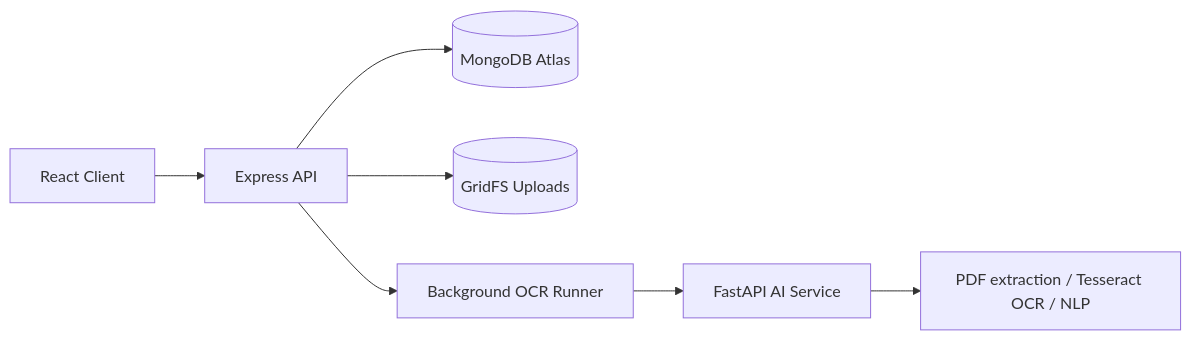
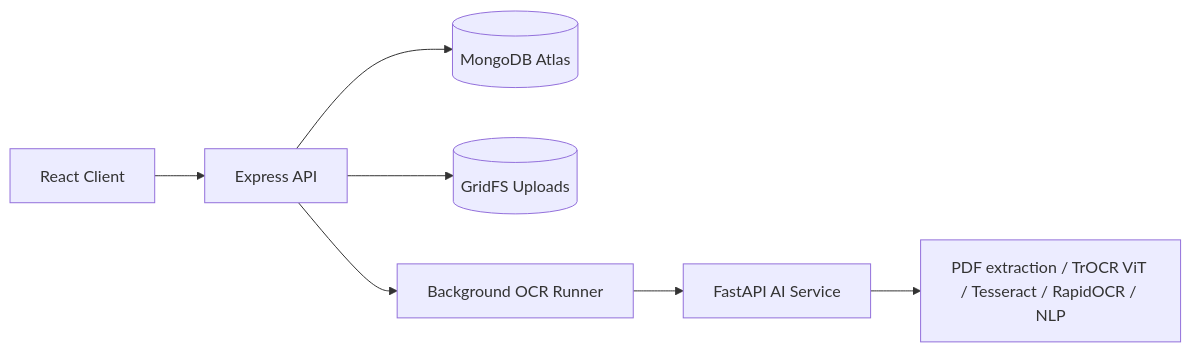
Before and after one commit to Vipul99999/PenBot-AI: the diagram in docs/ARCHITECTURE.md, drawn with Mermaid. The commit also changed other lines of this file and 49 other files, not shown here.

````diff
--- a/docs/ARCHITECTURE.md
+++ b/docs/ARCHITECTURE.md
@@ -3,9 +3,9 @@
 ```mermaid
 flowchart LR
 A[React Client] --> B[Express API]
 B --> C[(MongoDB Atlas)]
 B --> G[(GridFS Uploads)]
 B --> D[Background OCR Runner]
 D --> E[FastAPI AI Service]
-E --> F[PDF extraction / Tesseract OCR / NLP]
+E --> F[PDF extraction / TrOCR ViT / Tesseract / RapidOCR / NLP]
 ```
````
